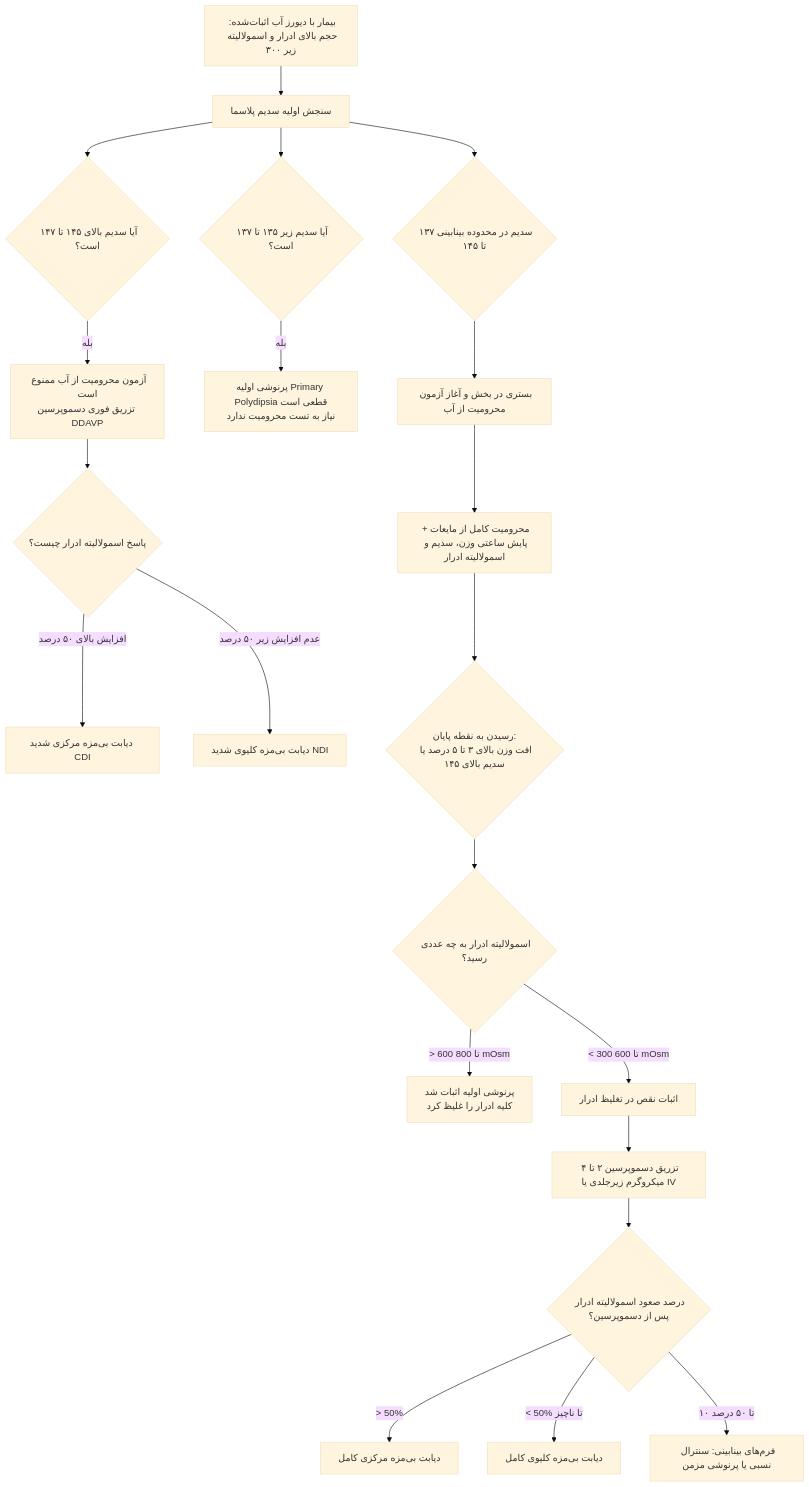
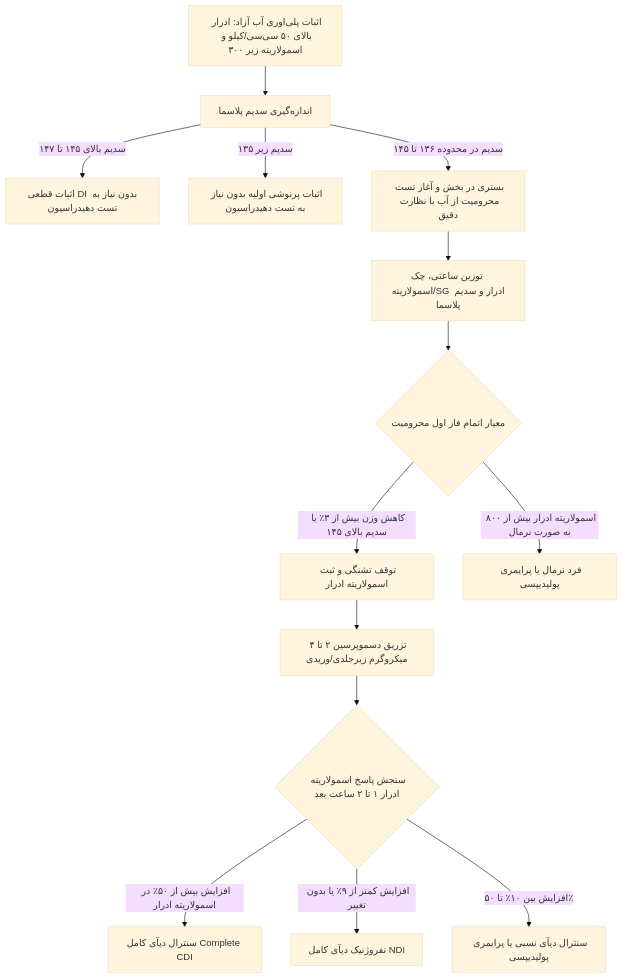
One commit to neopulse-hub/TUMS-1402-1-neo changed the third of 5 diagrams in 07/مبانی غدد/هیپوفیز خلفی.md. Above: the diagram before and after it, drawn with Mermaid (base theme). The commit also changed other lines of this file and 5 other files, not shown here.

````diff
--- a/07/مبانی غدد/هیپوفیز خلفی.md
+++ b/07/مبانی غدد/هیپوفیز خلفی.md
@@ -167,30 +113,21 @@
 ```mermaid
 flowchart TD
-    Patient[بیمار با دیورز آب اثبات‌شده: حجم بالای ادرار و اسمولالیته زیر ۳۰۰] --> NaBase[سنجش اولیه سدیم پلاسما]
+    StartPoly[اثبات پلی‌اوری آب آزاد: ادرار بالای ۵۰ سی‌سی/کیلو و اسمولاریته زیر ۳۰۰] --> PreCheck[اندازه‌گیری سدیم پلاسما]
     
-    NaBase --> NaHigh{آیا سدیم بالای ۱۴۵ تا ۱۴۷ است؟}
-    NaHigh -->|بله| DirectDDAVP[آزمون محرومیت از آب ممنوع است<br>تزریق فوری دسموپرسین DDAVP]
-    DirectDDAVP --> EvalDirect{پاسخ اسمولالیته ادرار چیست؟}
-    EvalDirect -->|افزایش بالای ۵۰ درصد| DirectCDI[دیابت بی‌مزه مرکزی شدید CDI]
-    EvalDirect -->|عدم افزایش زیر ۵۰ درصد| DirectNDI[دیابت بی‌مزه کلیوی شدید NDI]
+    PreCheck -->|سدیم بالای ۱۴۵ تا ۱۴۷| DefiniteDI[اثبات قطعی DI بدون نیاز به تست دهیدراسیون]
+    PreCheck -->|سدیم زیر ۱۳۵| DefinitePP[اثبات پرنوشی اولیه بدون نیاز به تست دهیدراسیون]
+    PreCheck -->|سدیم در محدوده ۱۳۶ تا ۱۴۵| InHospTest[بستری در بخش و آغاز تست محرومیت از آب با نظارت دقیق]
     
-    NaBase --> NaLow{آیا سدیم زیر ۱۳۵ تا ۱۳۷ است؟}
-    NaLow -->|بله| PsychogenicDx[پرنوشی اولیه Primary Polydipsia قطعی است<br>نیاز به تست محرومیت ندارد]
+    InHospTest --> HourlyMon[توزین ساعتی، چک اسمولاریته/SG ادرار و سدیم پلاسما]
     
-    NaBase --> NaBorder{سدیم در محدوده بینابینی ۱۳۷ تا ۱۴۵}
-    NaBorder --> WDT[بستری در بخش و آغاز آزمون محرومیت از آب]
+    HourlyMon --> EndPoints{معیار اتمام فاز اول محرومیت}
+    EndPoints -->|کاهش وزن بیش از ۳٪ یا سدیم بالای ۱۴۵| Stop1[توقف تشنگی و ثبت اسمولاریته ادرار]
+    EndPoints -->|اسمولاریته ادرار بیش از ۸۰۰ به صورت نرمال| StopNorm[فرد نرمال یا پرایمری پولیدیپسی]
     
-    WDT --> Phase1[محرومیت کامل از مایعات + پایش ساعتی وزن، سدیم و اسمولالیته ادرار]
-    Phase1 --> StopCrit{رسیدن به نقطه پایان:<br>افت وزن بالای ۳ تا ۵ درصد یا سدیم بالای ۱۴۵}
+    Stop1 --> DesmoInject[تزریق دسموپرسین ۲ تا ۴ میکروگرم زیرجلدی/وریدی]
     
-    StopCrit --> OsmRes{اسمولالیته ادرار به چه عددی رسید؟}
-    OsmRes -->|> 600 تا 800 mOsm| PrimaryPoly[پرنوشی اولیه اثبات شد<br>کلیه ادرار را غلیظ کرد]
-    
-    OsmRes -->|< 300 تا 600 mOsm| DeficitProved[اثبات نقص در تغلیظ ادرار]
-    DeficitProved --> InjectDDAVP[تزریق دسموپرسین ۲ تا ۴ میکروگرم زیرجلدی یا IV]
-    
-    InjectDDAVP --> ResponseDDAVP{درصد صعود اسمولالیته ادرار پس از دسموپرسین؟}
-    ResponseDDAVP -->|> 50%| CentralDI[دیابت بی‌مزه مرکزی کامل]
-    ResponseDDAVP -->|< 50% تا ناچیز| NephroDI[دیابت بی‌مزه کلیوی کامل]
-    ResponseDDAVP -->|۱۰ تا ۵۰ درصد| PartialTree[فرم‌های بینابینی: سنترال نسبی یا پرنوشی مزمن]
+    DesmoInject --> PostDesmoEval{سنجش پاسخ اسمولاریته ادرار ۱ تا ۲ ساعت بعد}
+    PostDesmoEval -->|افزایش بیش از ۵۰٪ در اسمولاریته ادرار| CentralDiag[سنترال دیآی کامل Complete CDI]
+    PostDesmoEval -->|افزایش کمتر از ۹٪ یا بدون تغییر| NephroDiag[نفروژنیک دیآی کامل NDI]
+    PostDesmoEval -->|افزایش بین ۱۰٪ تا ۵۰٪| PartialDiag[سنترال دیآی نسبی یا پرایمری پولیدیپسی]
 ```
````
